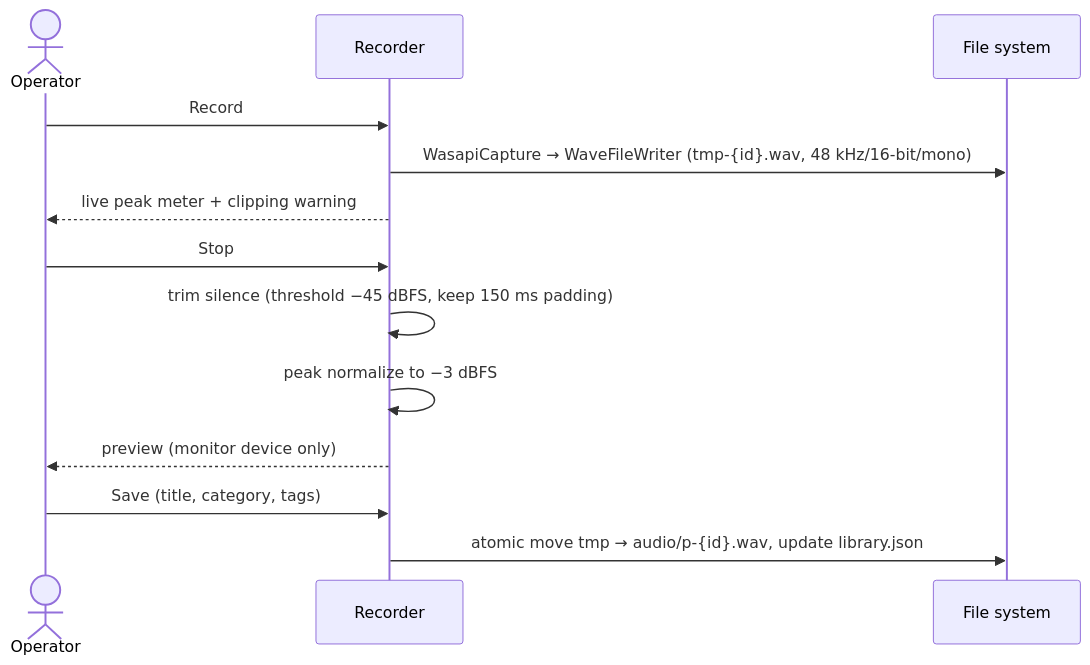
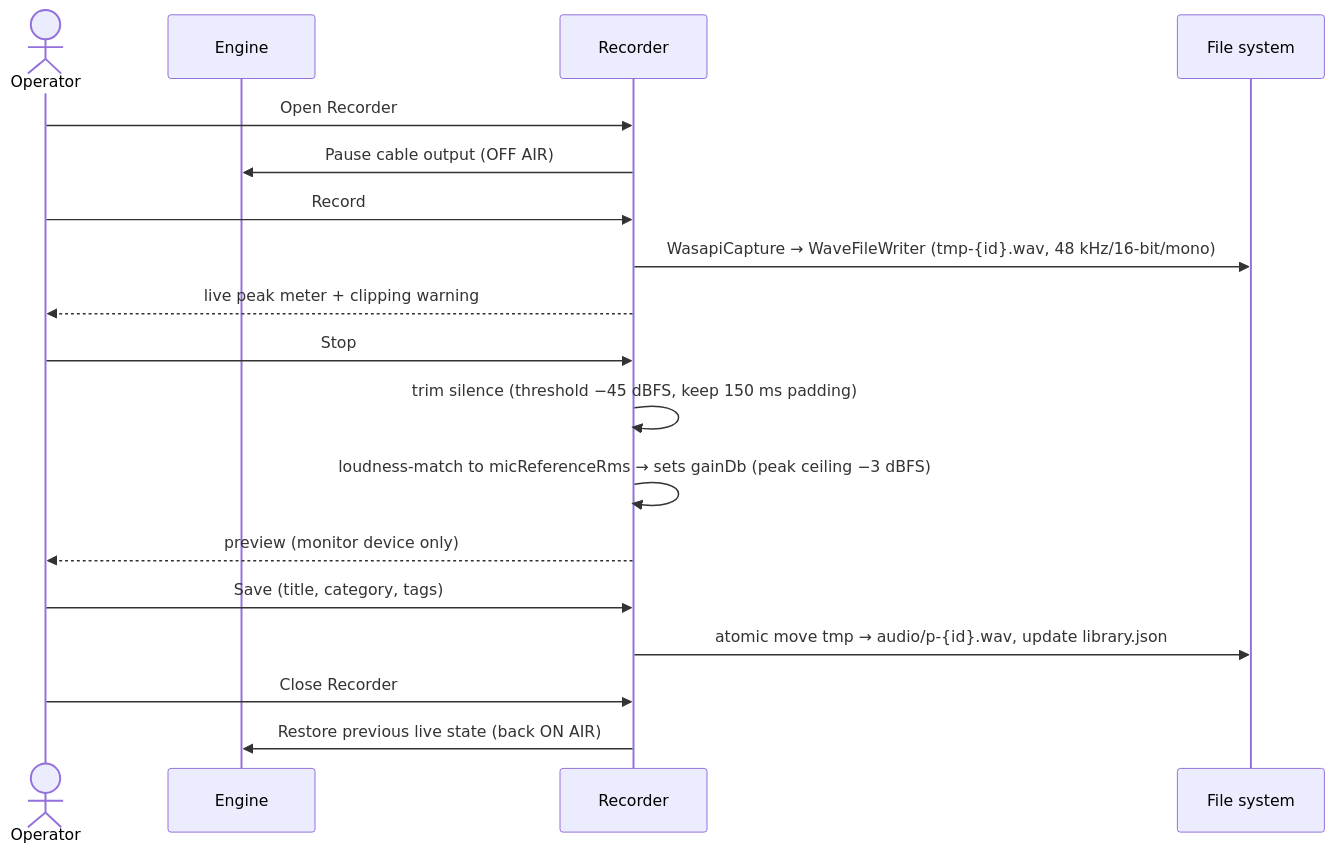
Before and after one commit to olehserv/ada-voice: the third of 3 diagrams in docs/design/06-audio-engine.md, drawn with Mermaid. The commit also changed other lines of this file and 9 other files, not shown here.

````diff
--- a/docs/design/06-audio-engine.md
+++ b/docs/design/06-audio-engine.md
@@ -79,16 +115,21 @@
 ```mermaid
 sequenceDiagram
     actor Op as Operator
+    participant E as Engine
     participant R as Recorder
     participant FS as File system
 
+    Op->>R: Open Recorder
+    R->>E: Pause cable output (OFF AIR)
     Op->>R: Record
     R->>FS: WasapiCapture → WaveFileWriter (tmp-{id}.wav, 48 kHz/16-bit/mono)
     R-->>Op: live peak meter + clipping warning
     Op->>R: Stop
     R->>R: trim silence (threshold −45 dBFS, keep 150 ms padding)
-    R->>R: peak normalize to −3 dBFS
+    R->>R: loudness-match to micReferenceRms → sets gainDb (peak ceiling −3 dBFS)
     R-->>Op: preview (monitor device only)
     Op->>R: Save (title, category, tags)
     R->>FS: atomic move tmp → audio/p-{id}.wav, update library.json
+    Op->>R: Close Recorder
+    R->>E: Restore previous live state (back ON AIR)
 ```
````
